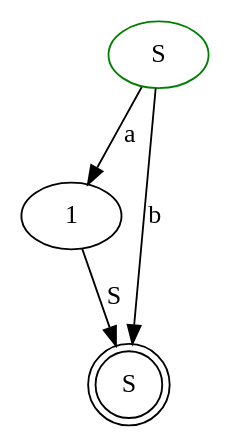
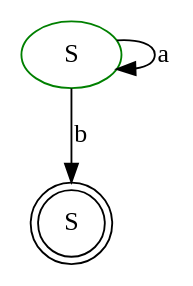
The diagram in data/grammars/t8g.dot (IrinaLen/Hometasks), drawn with Graphviz before and after one commit. The commit also changed 4 other files, not shown here.

```diff
--- a/data/grammars/t8g.dot
+++ b/data/grammars/t8g.dot
@@ -1,10 +1,8 @@
 digraph gr {
 0[label="S", color="green"];
-1;
-2[label="S",shape="doublecircle"];
+1[label="S",shape="doublecircle"];
 
 
-0 -> 1 [label = "a"];
-1 -> 2 [label = "S"];
-0 -> 2 [label = "b"];
+0 -> 0 [label = "a"];
+0 -> 1 [label = "b"];
 }
```
